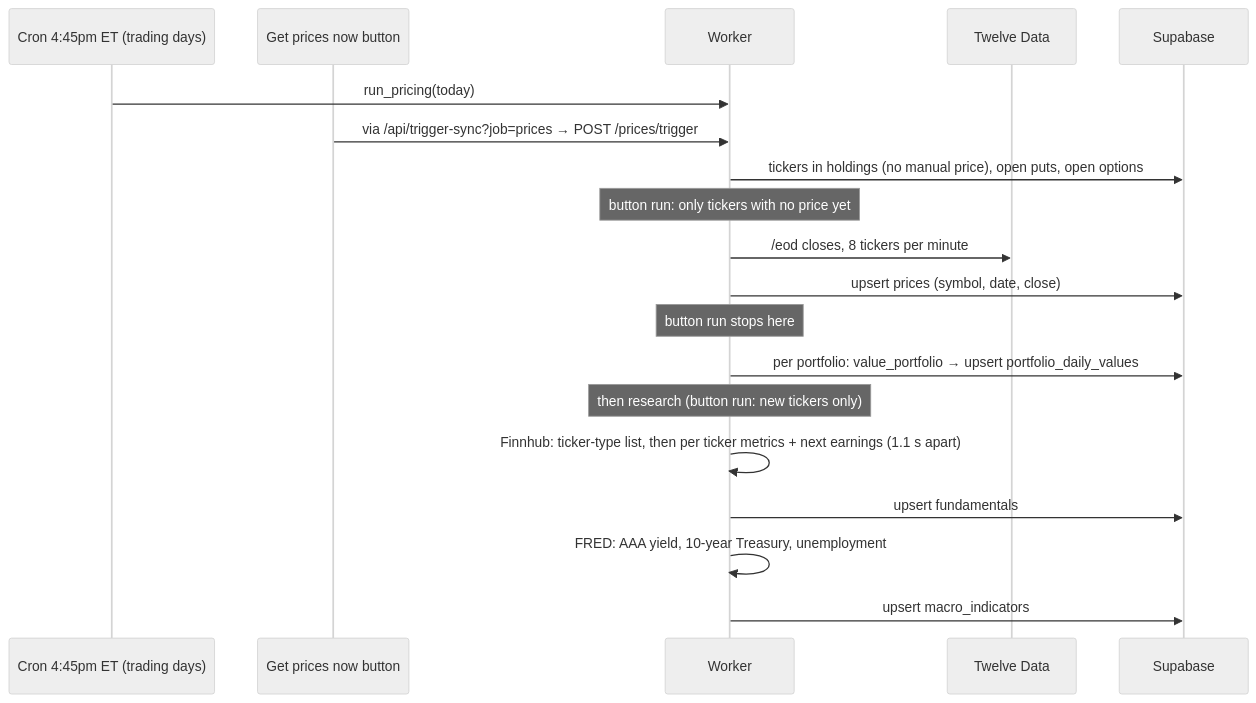
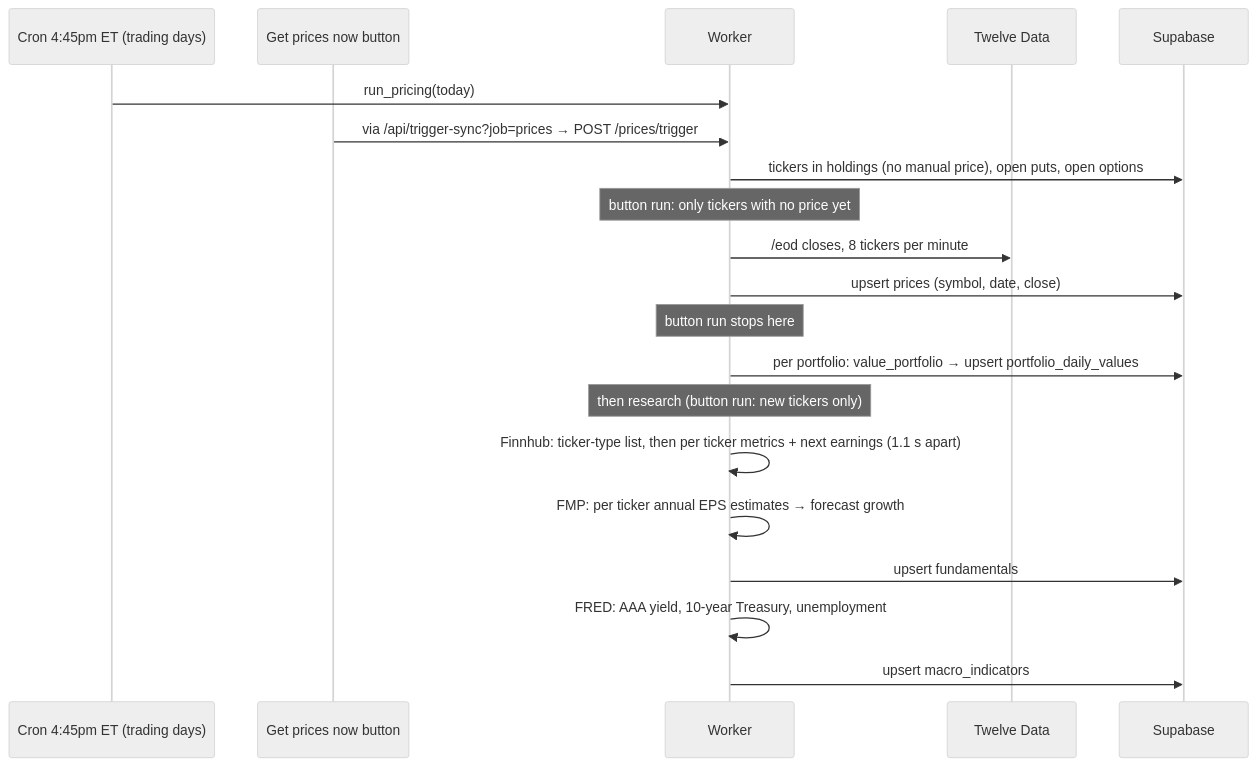
The seventh of 8 diagrams in docs/DATA_FLOWS.md (northcrosstech/Trading-Journal), drawn with Mermaid (neutral theme) before and after one commit. The commit also changed other lines of this file and 10 other files, not shown here.

Commit message:
feat: fair value uses analysts' forecast EPS growth, falling back to past growth

````diff
--- a/docs/DATA_FLOWS.md
+++ b/docs/DATA_FLOWS.md
@@ -186,21 +186,22 @@
 ```mermaid
 sequenceDiagram
     participant C as Cron 4:45pm ET (trading days)
     participant B as Get prices now button
     participant W as Worker
     participant T as Twelve Data
     participant DB as Supabase
     C->>W: run_pricing(today)
     B->>W: via /api/trigger-sync?job=prices → POST /prices/trigger
     W->>DB: tickers in holdings (no manual price), open puts, open options
     Note over W: button run: only tickers with no price yet
     W->>T: /eod closes, 8 tickers per minute
     W->>DB: upsert prices (symbol, date, close)
     Note over W: button run stops here
     W->>DB: per portfolio: value_portfolio → upsert portfolio_daily_values
     Note over W: then research (button run: new tickers only)
     W->>W: Finnhub: ticker-type list, then per ticker metrics + next earnings (1.1 s apart)
+    W->>W: FMP: per ticker annual EPS estimates → forecast growth
     W->>DB: upsert fundamentals
     W->>W: FRED: AAA yield, 10-year Treasury, unemployment
     W->>DB: upsert macro_indicators
 ```
````
